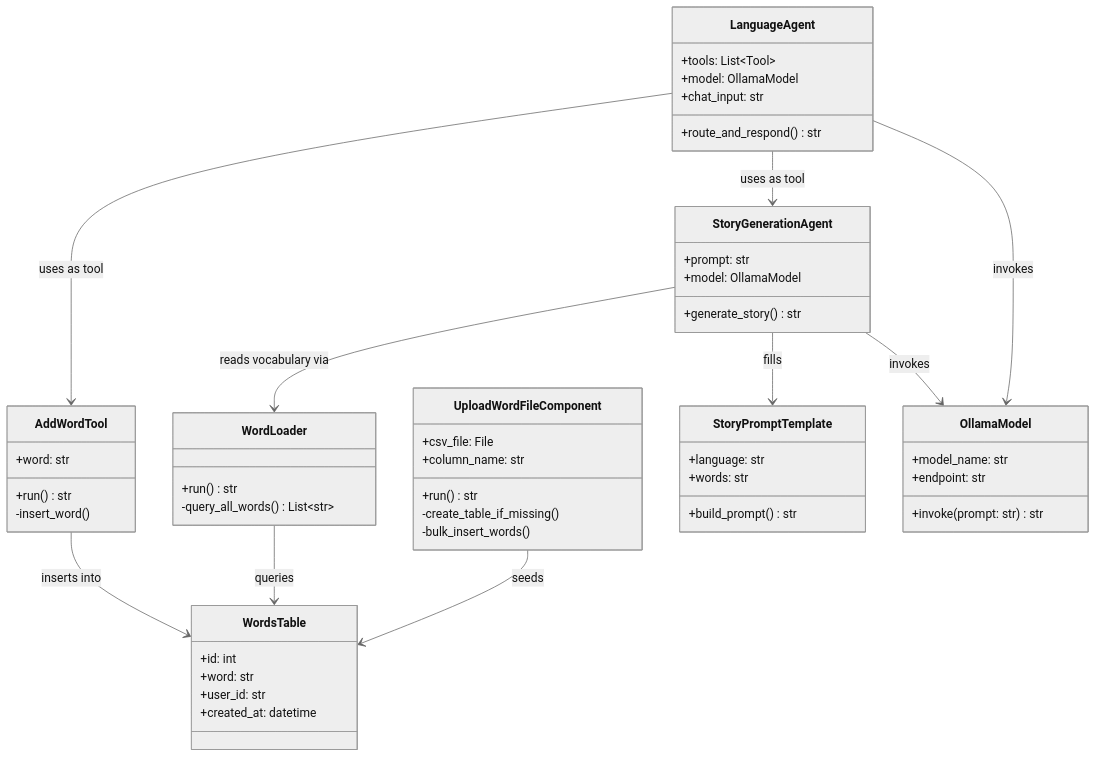
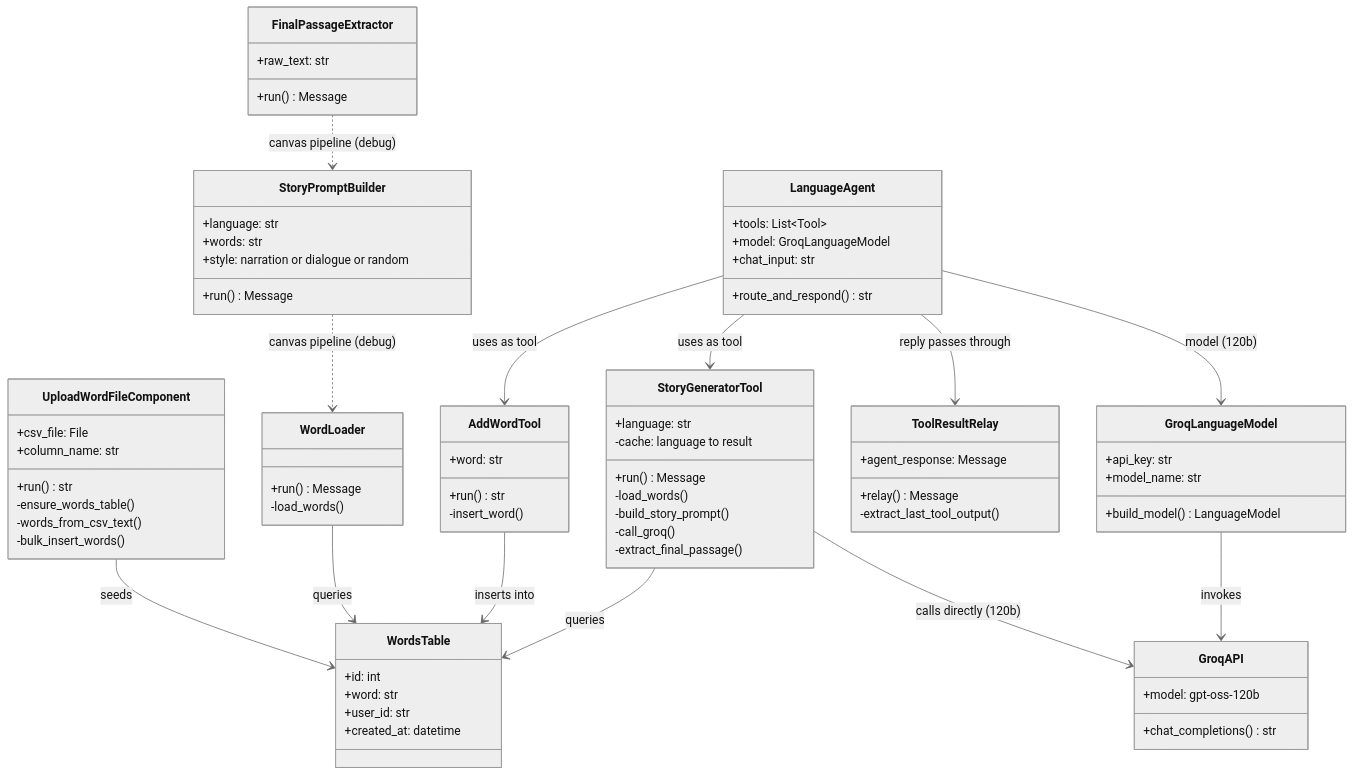
Before and after one commit to stanley-yang-2001/bpllc_project: the diagram in docs/class-diagram.md, drawn with Mermaid (neutral theme). The commit also changed other lines of this file and 48 other files, not shown here.

````diff
--- a/docs/class-diagram.md
+++ b/docs/class-diagram.md
@@ -6,7 +6,8 @@
         +csv_file: File
         +column_name: str
         +run() str
-        -create_table_if_missing()
+        -ensure_words_table()
+        -words_from_csv_text()
         -bulk_insert_words()
     }
 
@@ -16,34 +17,55 @@
         -insert_word()
     }
 
-    class WordLoader {
-        +run() str
-        -query_all_words() List~str~
+    class StoryGeneratorTool {
+        +language: str
+        +run() Message
+        -load_words()
+        -build_story_prompt()
+        -call_groq()
+        -extract_final_passage()
+        -cache: language to result
     }
 
-    class StoryPromptTemplate {
+    class WordLoader {
+        +run() Message
+        -load_words()
+    }
+
+    class StoryPromptBuilder {
         +language: str
         +words: str
-        +build_prompt() str
+        +style: narration or dialogue or random
+        +run() Message
     }
 
-    class StoryGenerationAgent {
-        +prompt: str
-        +model: OllamaModel
-        +generate_story() str
+    class FinalPassageExtractor {
+        +raw_text: str
+        +run() Message
     }
 
     class LanguageAgent {
         +tools: List~Tool~
-        +model: OllamaModel
+        +model: GroqLanguageModel
         +chat_input: str
         +route_and_respond() str
     }
 
-    class OllamaModel {
+    class ToolResultRelay {
+        +agent_response: Message
+        +relay() Message
+        -extract_last_tool_output()
+    }
+
+    class GroqLanguageModel {
+        +api_key: str
         +model_name: str
-        +endpoint: str
-        +invoke(prompt: str) str
+        +build_model() LanguageModel
+    }
+
+    class GroqAPI {
+        +model: gpt-oss-120b
+        +chat_completions() str
     }
 
     class WordsTable {
@@ -54,12 +76,15 @@
     }
 
     LanguageAgent --> AddWordTool : uses as tool
-    LanguageAgent --> StoryGenerationAgent : uses as tool
-    StoryGenerationAgent --> StoryPromptTemplate : fills
-    StoryGenerationAgent --> WordLoader : reads vocabulary via
-    StoryGenerationAgent --> OllamaModel : invokes
-    LanguageAgent --> OllamaModel : invokes
+    LanguageAgent --> StoryGeneratorTool : uses as tool
+    LanguageAgent --> GroqLanguageModel : model (120b)
+    LanguageAgent --> ToolResultRelay : reply passes through
+    GroqLanguageModel --> GroqAPI : invokes
+    StoryGeneratorTool --> GroqAPI : calls directly (120b)
+    StoryGeneratorTool --> WordsTable : queries
     AddWordTool --> WordsTable : inserts into
     WordLoader --> WordsTable : queries
     UploadWordFileComponent --> WordsTable : seeds
+    StoryPromptBuilder ..> WordLoader : canvas pipeline (debug)
+    FinalPassageExtractor ..> StoryPromptBuilder : canvas pipeline (debug)
 ```
````
